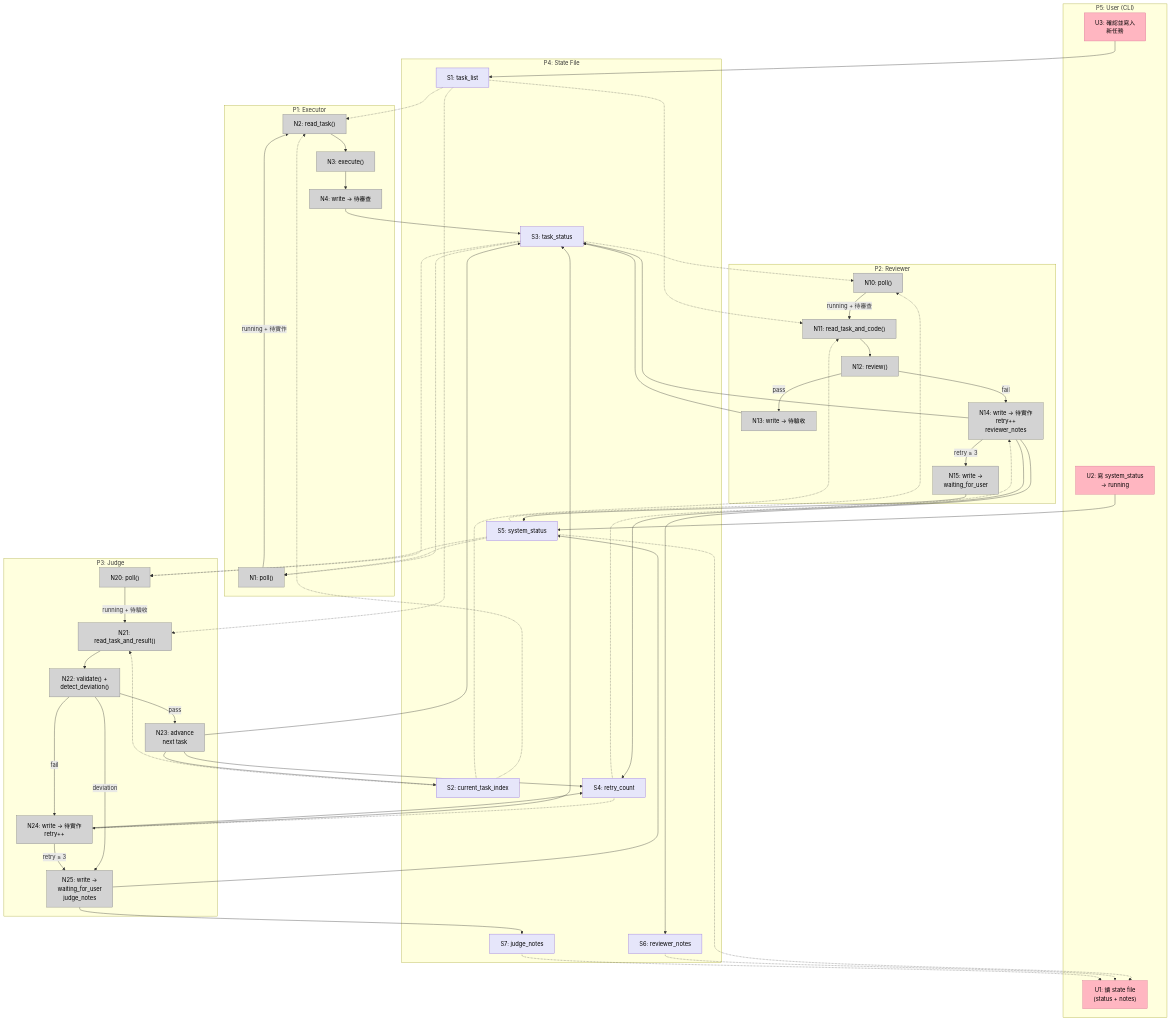
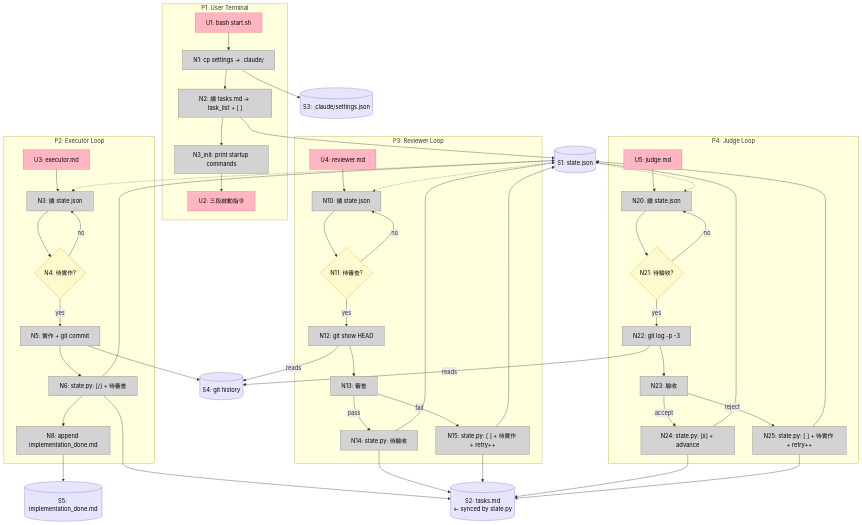
One commit to polunwu/three-little-ralphs changed the diagram in ideas/breadboard.md. Above: the diagram before and after it, drawn with Mermaid. The commit also changed other lines of this file and 16 other files, not shown here.

````diff
--- a/ideas/breadboard.md
+++ b/ideas/breadboard.md
@@ -7,113 +82,100 @@
 ```mermaid
 flowchart TB
-    subgraph P4["P4: State File"]
-        S1["S1: task_list"]
-        S2["S2: current_task_index"]
-        S3["S3: task_status"]
-        S4["S4: retry_count"]
-        S5["S5: system_status"]
-        S6["S6: reviewer_notes"]
-        S7["S7: judge_notes"]
+    subgraph P1["P1: User Terminal"]
+        U1["U1: bash start.sh"]
+        N1["N1: cp settings → .claude/"]
+        N2["N2: 讀 tasks.md → task_list + [ ]"]
+        N3i["N3_init: print startup commands"]
+        U2["U2: 三段啟動指令"]
+        U1 --> N1
+        N1 --> N2
+        N2 --> N3i
+        N3i --> U2
     end
 
-    subgraph P1["P1: Executor"]
-        N1["N1: poll()"]
-        N2["N2: read_task()"]
-        N3["N3: execute()"]
-        N4["N4: write → 待審查"]
-        N1 -->|running + 待實作| N2
-        N2 --> N3
+    subgraph P2["P2: Executor Loop"]
+        U3["U3: executor.md"]
+        N3["N3: 讀 state.json"]
+        N4{"N4: 待實作?"}
+        N5["N5: 實作 + git commit"]
+        N6["N6: state.py: [/] + 待審查"]
+        N8["N8: append implementation_done.md"]
+        U3 --> N3
         N3 --> N4
+        N4 -->|yes| N5
+        N4 -->|no| N3
+        N5 --> N6
+        N6 --> N8
     end
 
-    subgraph P2["P2: Reviewer"]
-        N10["N10: poll()"]
-        N11["N11: read_task_and_code()"]
-        N12["N12: review()"]
-        N13["N13: write → 待驗收"]
-        N14["N14: write → 待實作\nretry++\nreviewer_notes"]
-        N15["N15: write →\nwaiting_for_user"]
-        N10 -->|running + 待審查| N11
-        N11 --> N12
-        N12 -->|pass| N13
-        N12 -->|fail| N14
-        N14 -->|retry ≥ 3| N15
+    subgraph P3["P3: Reviewer Loop"]
+        U4["U4: reviewer.md"]
+        N10["N10: 讀 state.json"]
+        N11{"N11: 待審查?"}
+        N12["N12: git show HEAD"]
+        N13["N13: 審查"]
+        N14["N14: state.py: 待驗收"]
+        N15["N15: state.py: [ ] + 待實作 + retry++"]
+        U4 --> N10
+        N10 --> N11
+        N11 -->|yes| N12
+        N11 -->|no| N10
+        N12 --> N13
+        N13 -->|pass| N14
+        N13 -->|fail| N15
     end
 
-    subgraph P3["P3: Judge"]
-        N20["N20: poll()"]
-        N21["N21: read_task_and_result()"]
-        N22["N22: validate() +\ndetect_deviation()"]
-        N23["N23: advance\nnext task"]
-        N24["N24: write → 待實作\nretry++"]
-        N25["N25: write →\nwaiting_for_user\njudge_notes"]
-        N20 -->|running + 待驗收| N21
-        N21 --> N22
-        N22 -->|pass| N23
-        N22 -->|fail| N24
-        N22 -->|deviation| N25
-        N24 -->|retry ≥ 3| N25
+    subgraph P4["P4: Judge Loop"]
+        U5["U5: judge.md"]
+        N20["N20: 讀 state.json"]
+        N21{"N21: 待驗收?"}
+        N22["N22: git log -p -3"]
+        N23["N23: 驗收"]
+        N24["N24: state.py: [x] + advance"]
+        N25["N25: state.py: [ ] + 待實作 + retry++"]
+        U5 --> N20
+        N20 --> N21
+        N21 -->|yes| N22
+        N21 -->|no| N20
+        N22 --> N23
+        N23 -->|accept| N24
+        N23 -->|reject| N25
     end
 
-    subgraph P5["P5: User (CLI)"]
-        U1["U1: 讀 state file\n(status + notes)"]
-        U2["U2: 寫 system_status\n→ running"]
-        U3["U3: 確認並寫入\n新任務"]
-    end
+    S1[("S1: state.json")]
+    S2[("S2: tasks.md\n← synced by state.py")]
+    S3[("S3: .claude/settings.json")]
+    S4[("S4: git history")]
+    S5[("S5: implementation_done.md")]
 
-    %% Poll reads
-    S3 -.-> N1
-    S5 -.-> N1
-    S3 -.-> N10
-    S5 -.-> N10
-    S3 -.-> N20
-    S5 -.-> N20
+    N1 --> S3
+    N2 --> S1
+    N5 --> S4
+    N6 --> S1
+    N6 --> S2
+    N8 --> S5
+    N12 -->|reads| S4
+    N14 --> S1
+    N14 --> S2
+    N15 --> S1
+    N15 --> S2
+    N22 -->|reads| S4
+    N24 --> S1
+    N24 --> S2
+    N25 --> S1
+    N25 --> S2
 
-    %% Task reads
-    S1 -.-> N2
-    S2 -.-> N2
-    S1 -.-> N11
-    S2 -.-> N11
-    S1 -.-> N21
-    S2 -.-> N21
-
-    %% Retry reads
-    S4 -.-> N14
-    S4 -.-> N24
-
-    %% User reads
-    S5 -.-> U1
-    S6 -.-> U1
-    S7 -.-> U1
-
-    %% Writes — Executor
-    N4 --> S3
-
-    %% Writes — Reviewer
-    N13 --> S3
-    N14 --> S3
-    N14 --> S4
-    N14 --> S6
-    N15 --> S5
-
-    %% Writes — Judge
-    N23 --> S2
-    N23 --> S3
-    N23 --> S4
-    N24 --> S3
-    N24 --> S4
-    N25 --> S5
-    N25 --> S7
-
-    %% Writes — User
-    U2 --> S5
-    U3 --> S1
+    S1 -.-> N3
+    S1 -.-> N10
+    S1 -.-> N20
 
     classDef ui fill:#ffb6c1,stroke:#d87093,color:#000
-    classDef nonui fill:#d3d3d3,stroke:#808080,color:#000
+    classDef code fill:#d3d3d3,stroke:#808080,color:#000
     classDef store fill:#e6e6fa,stroke:#9370db,color:#000
+    classDef cond fill:#fffacd,stroke:#daa520,color:#000
 
-    class U1,U2,U3 ui
-    class N1,N2,N3,N4,N10,N11,N12,N13,N14,N15,N20,N21,N22,N23,N24,N25 nonui
-    class S1,S2,S3,S4,S5,S6,S7 store
+    class U1,U2,U3,U4,U5 ui
+    class N1,N2,N3i,N3,N5,N6,N8,N10,N12,N13,N14,N15,N20,N22,N23,N24,N25 code
+    class N4,N11,N21 cond
+    class S1,S2,S3,S4,S5 store
 ```
````
